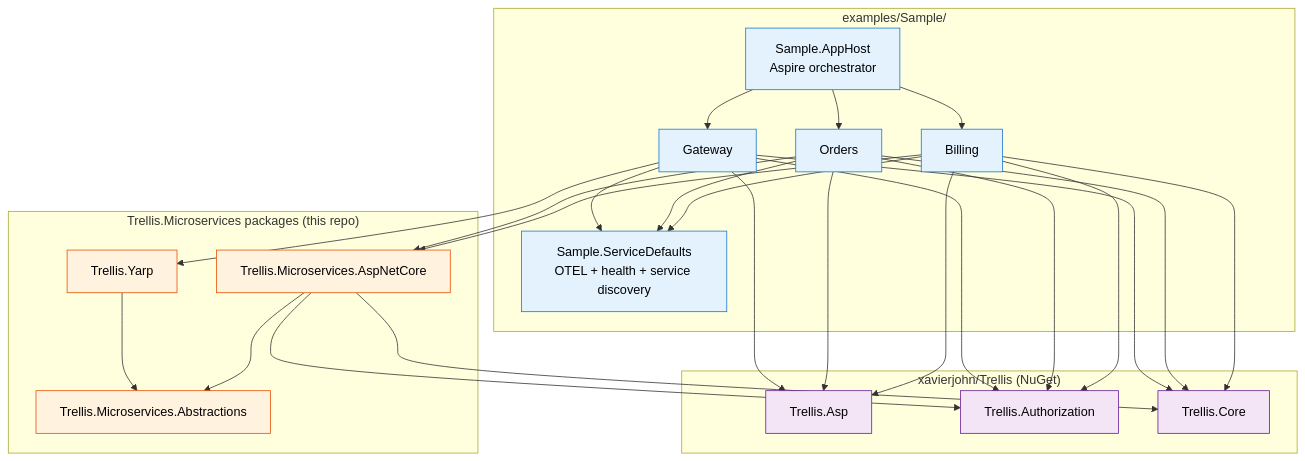
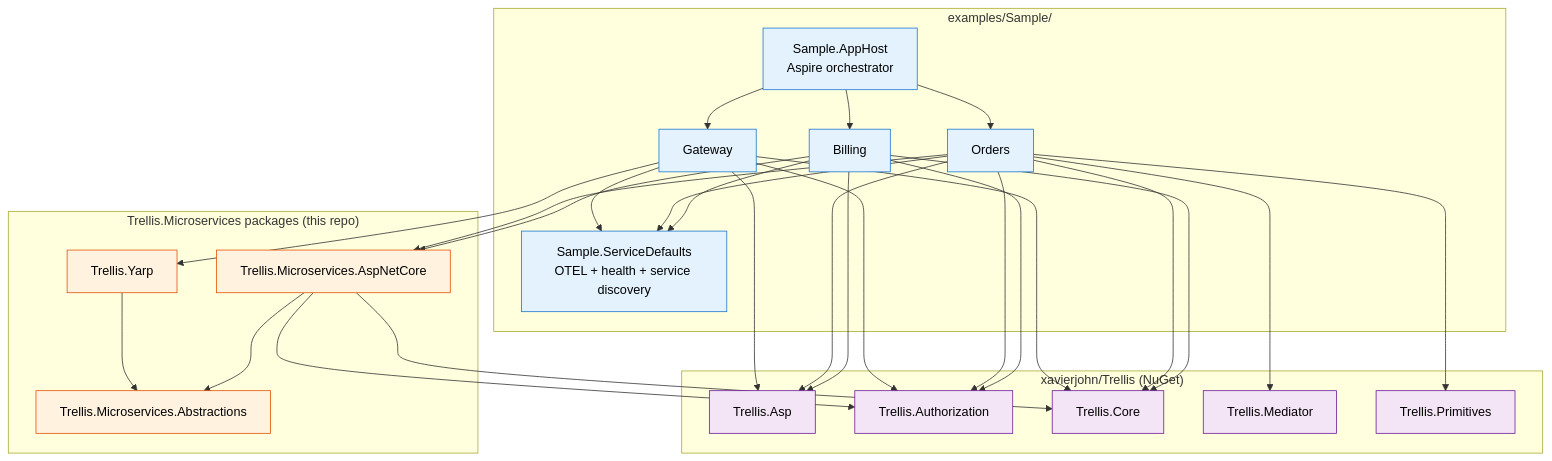
One commit to xavierjohn/Trellis.Microservices changed the second of 11 diagrams in examples/Sample/ARCHITECTURE.md. Above: the diagram before and after it, drawn with Mermaid. The commit also changed other lines of this file and 1 other file, not shown here.

````diff
--- a/examples/Sample/ARCHITECTURE.md
+++ b/examples/Sample/ARCHITECTURE.md
@@ -76,55 +76,59 @@
 ```mermaid
 flowchart TD
     classDef sample fill:#e3f2fd,stroke:#1976d2,color:#000
     classDef repoPkg fill:#fff3e0,stroke:#e65100,color:#000
     classDef upstream fill:#f3e5f5,stroke:#6a1b9a,color:#000
 
     subgraph SampleProjects["examples/Sample/"]
         AH[Sample.AppHost<br/>Aspire orchestrator]:::sample
         SD[Sample.ServiceDefaults<br/>OTEL + health + service discovery]:::sample
         GW[Gateway]:::sample
         O[Orders]:::sample
         B[Billing]:::sample
     end
 
     subgraph RepoPackages["Trellis.Microservices packages (this repo)"]
         Y[Trellis.Yarp]:::repoPkg
         AN[Trellis.Microservices.AspNetCore]:::repoPkg
         ABS[Trellis.Microservices.Abstractions]:::repoPkg
     end
 
     subgraph Upstream["xavierjohn/Trellis (NuGet)"]
         TA[Trellis.Asp]:::upstream
         TAU[Trellis.Authorization]:::upstream
         TC[Trellis.Core]:::upstream
+        TM[Trellis.Mediator]:::upstream
+        TP[Trellis.Primitives]:::upstream
     end
 
     AH --> GW
     AH --> O
     AH --> B
 
     GW --> SD
     O --> SD
     B --> SD
 
     GW --> Y
     GW --> TA
     GW --> TAU
     GW --> TC
 
     O --> AN
     O --> TA
     O --> TAU
     O --> TC
+    O --> TM
+    O --> TP
 
     B --> AN
     B --> TA
     B --> TAU
     B --> TC
 
     Y --> ABS
     AN --> ABS
 
     AN --> TAU
     AN --> TC
 ```
````
